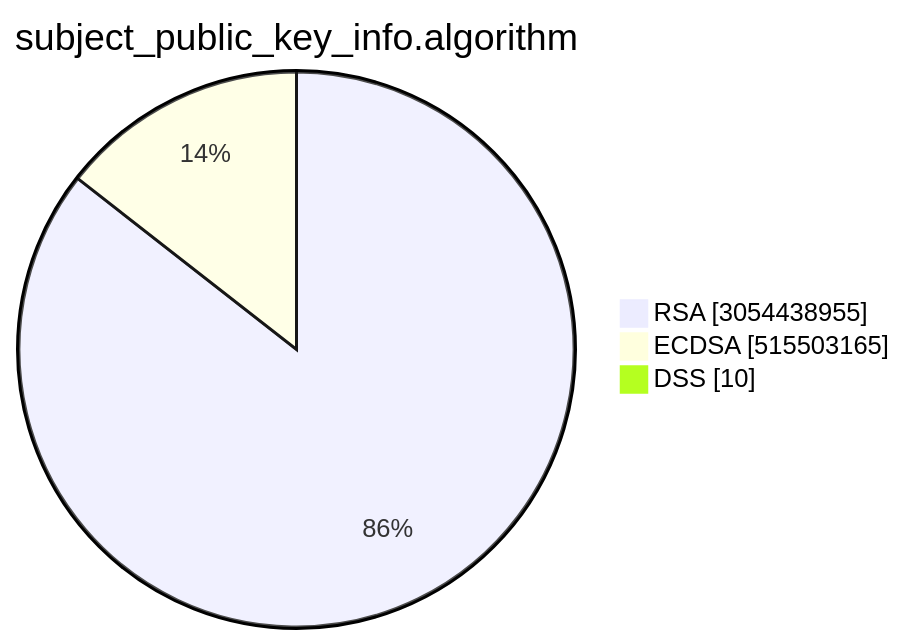
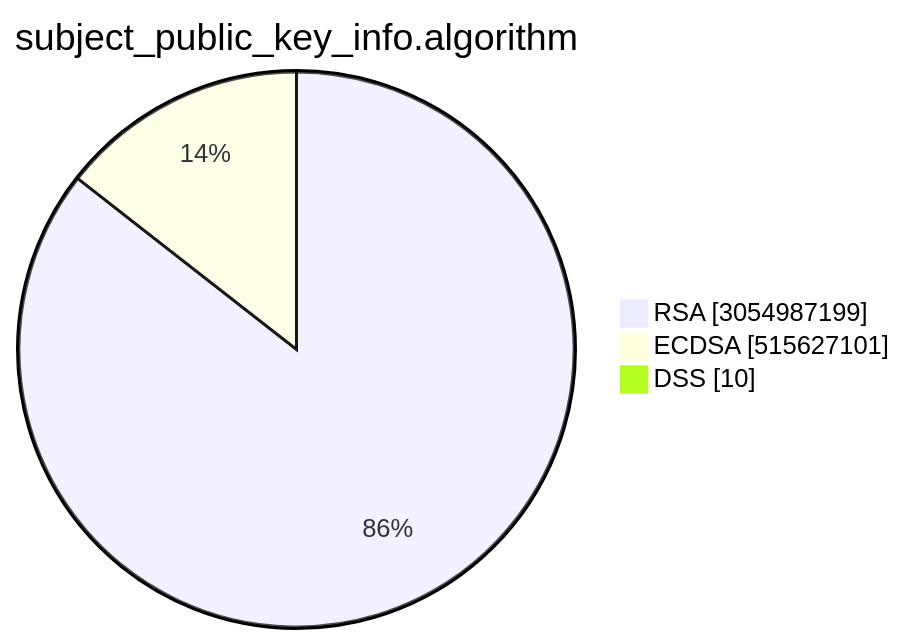
The second of 15 diagrams in TOTAL/README.md (christiankrug/ctmonitor_visualization), drawn with Mermaid before and after one commit. The commit also changed other lines of this file, not shown here.

````diff
--- a/TOTAL/README.md
+++ b/TOTAL/README.md
@@ -6,7 +6,7 @@
 ```mermaid
 pie showData
 title subject_public_key_info.algorithm
-"RSA" :3054438955
-"ECDSA" :515503165
+"RSA" :3054987199
+"ECDSA" :515627101
 "DSS" :10
 ```
````
